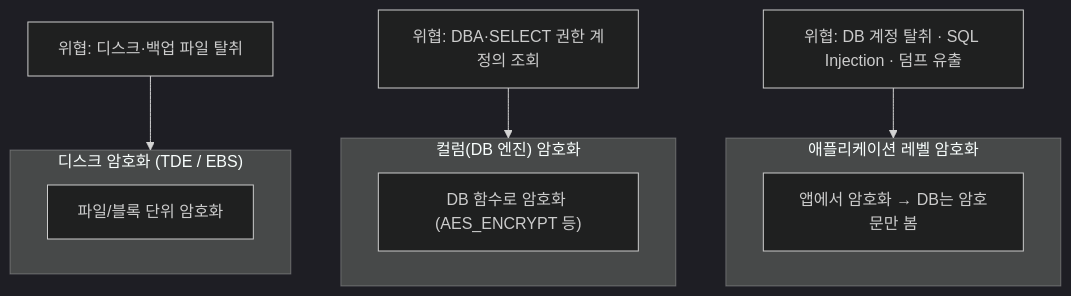
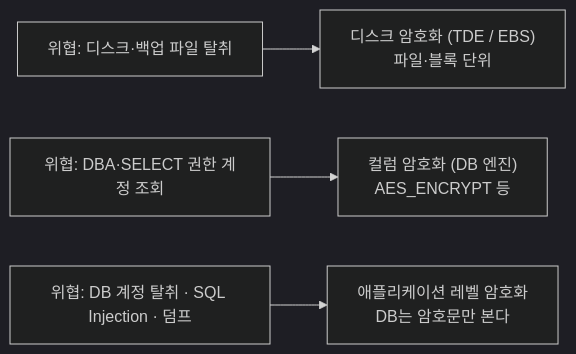
One commit to ktae23/TIL changed the diagram in security/advanced/02-database-field-encryption.md. Above: the diagram before and after it, drawn with Mermaid (dark theme). The commit also changed other lines of this file and 13 other files, not shown here.

````diff
--- a/security/advanced/02-database-field-encryption.md
+++ b/security/advanced/02-database-field-encryption.md
@@ -20,16 +20,6 @@
 ```mermaid
-flowchart TB
-    subgraph L3["애플리케이션 레벨 암호화"]
-        A["앱에서 암호화 → DB는 암호문만 봄"]
-    end
-    subgraph L2["컬럼(DB 엔진) 암호화"]
-        B["DB 함수로 암호화 (AES_ENCRYPT 등)"]
-    end
-    subgraph L1["디스크 암호화 (TDE / EBS)"]
-        C["파일/블록 단위 암호화"]
-    end
-
-    T1["위협: 디스크·백업 파일 탈취"] --> L1
-    T2["위협: DBA·SELECT 권한 계정의 조회"] --> L2
-    T3["위협: DB 계정 탈취 · SQL Injection · 덤프 유출"] --> L3
+flowchart LR
+    T1["위협: 디스크·백업 파일 탈취"] --> L1["디스크 암호화 (TDE / EBS)<br/>파일·블록 단위"]
+    T2["위협: DBA·SELECT 권한 계정 조회"] --> L2["컬럼 암호화 (DB 엔진)<br/>AES_ENCRYPT 등"]
+    T3["위협: DB 계정 탈취 · SQL Injection · 덤프"] --> L3["애플리케이션 레벨 암호화<br/>DB는 암호문만 본다"]
 ```
````
